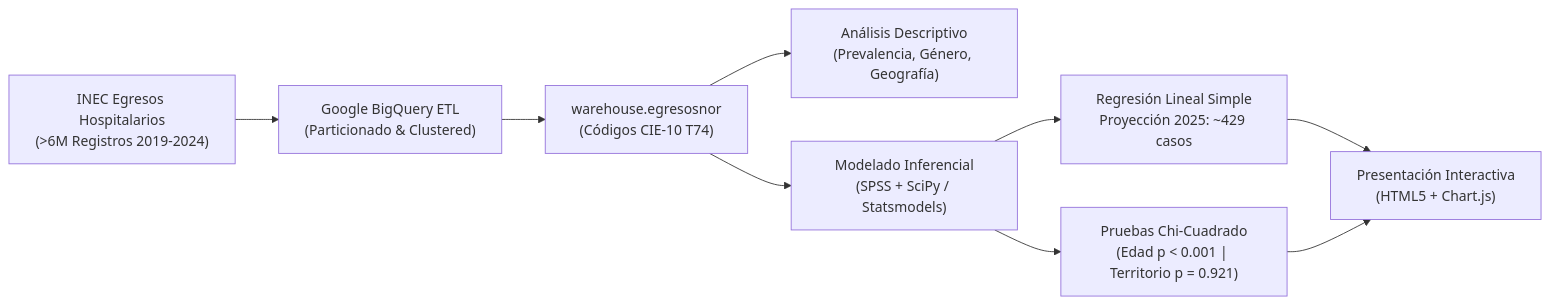
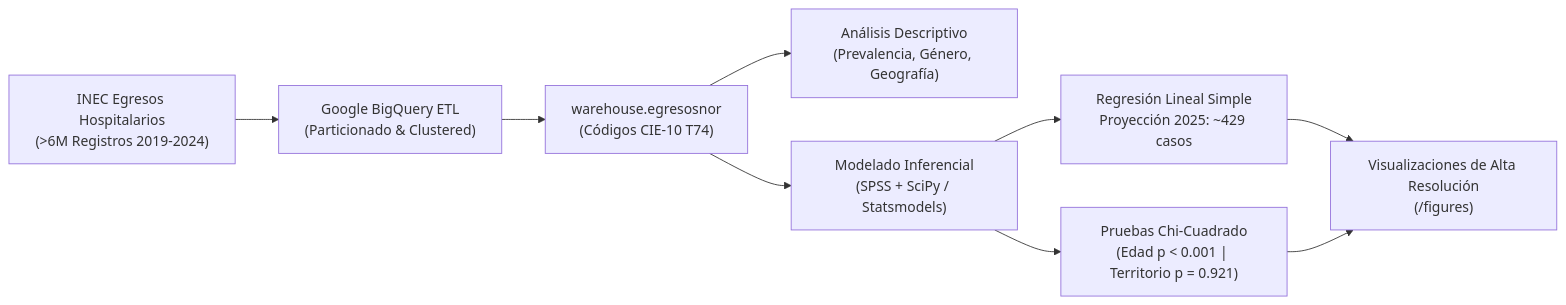
Before and after one commit to Parand1/violencia_sexual_analisis_Ecuador: the diagram in README.md, drawn with Mermaid. The commit also changed other lines of this file and 12 other files, not shown here.

````diff
--- a/README.md
+++ b/README.md
@@ -22,10 +22,10 @@
 ```mermaid
 flowchart LR
     A["INEC Egresos Hospitalarios\n(>6M Registros 2019-2024)"] --> B["Google BigQuery ETL\n(Particionado & Clustered)"]
     B --> C["warehouse.egresosnor\n(Códigos CIE-10 T74)"]
     C --> D["Análisis Descriptivo\n(Prevalencia, Género, Geografía)"]
     C --> E["Modelado Inferencial\n(SPSS + SciPy / Statsmodels)"]
     E --> F["Regresión Lineal Simple\nProyección 2025: ~429 casos"]
     E --> G["Pruebas Chi-Cuadrado\n(Edad p < 0.001 | Territorio p = 0.921)"]
-    F & G --> H["Presentación Interactiva\n(HTML5 + Chart.js)"]
+    F & G --> H["Visualizaciones de Alta Resolución\n(/figures)"]
 ```
````
